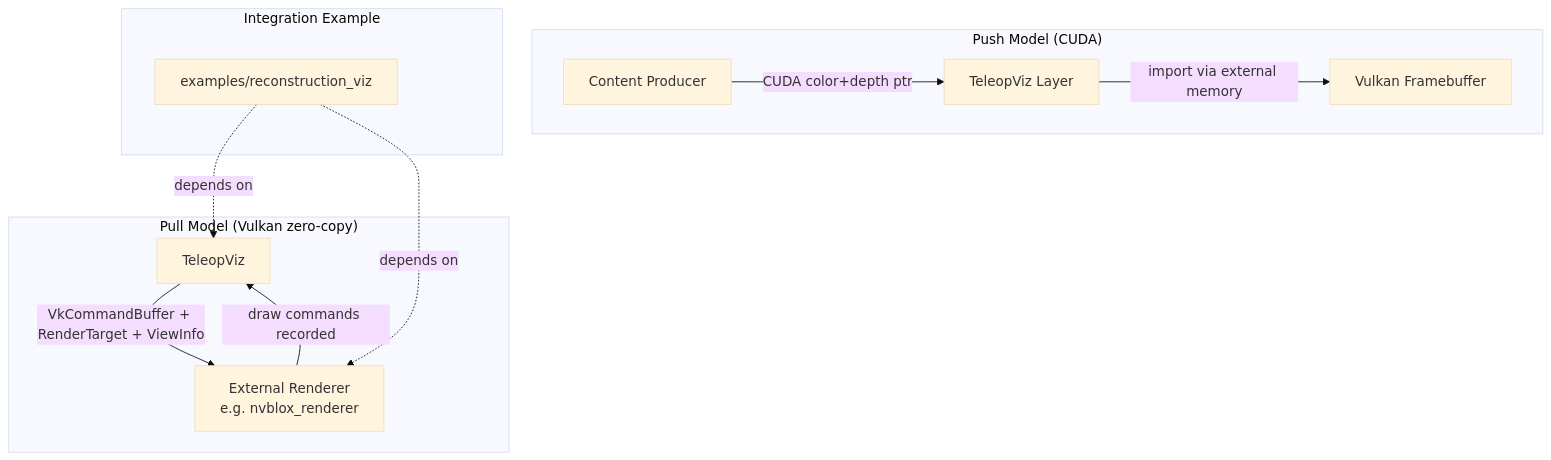
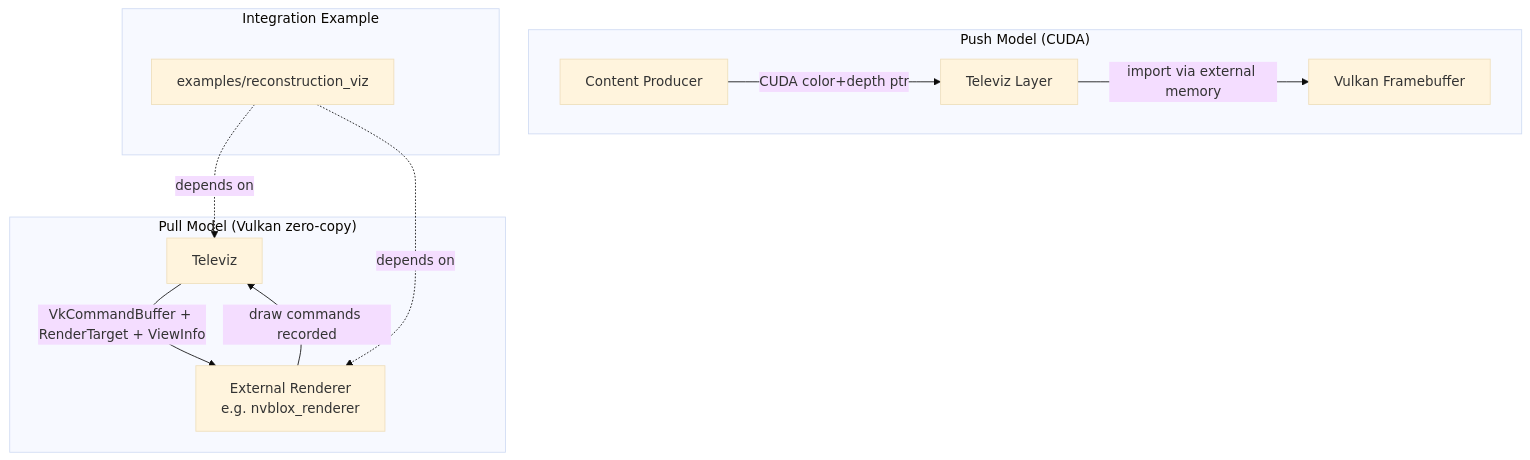
One commit to NVIDIA/IsaacTeleop changed the second of 2 diagrams in design_sm.md. Above: the diagram before and after it, drawn with Mermaid (base theme). The commit also changed other lines of this file and 1 other file, not shown here.

````diff
--- a/design_sm.md
+++ b/design_sm.md
@@ -204,18 +204,18 @@
 ```mermaid
 graph TB
     subgraph "Push Model (CUDA)"
-        P1[Content Producer] -->|CUDA color+depth ptr| P2[TeleopViz Layer]
+        P1[Content Producer] -->|CUDA color+depth ptr| P2[Televiz Layer]
         P2 -->|import via external memory| P3[Vulkan Framebuffer]
     end
 
     subgraph "Pull Model (Vulkan zero-copy)"
-        T1[TeleopViz] -->|VkCommandBuffer + RenderTarget + ViewInfo| T2[External Renderer<br/>e.g. nvblox_renderer]
+        T1[Televiz] -->|VkCommandBuffer + RenderTarget + ViewInfo| T2[External Renderer<br/>e.g. nvblox_renderer]
         T2 -->|draw commands recorded| T1
     end
 
     subgraph "Integration Example"
         E1[examples/reconstruction_viz]
         E1 -.depends on.-> T1
         E1 -.depends on.-> T2
     end
 ```
````
